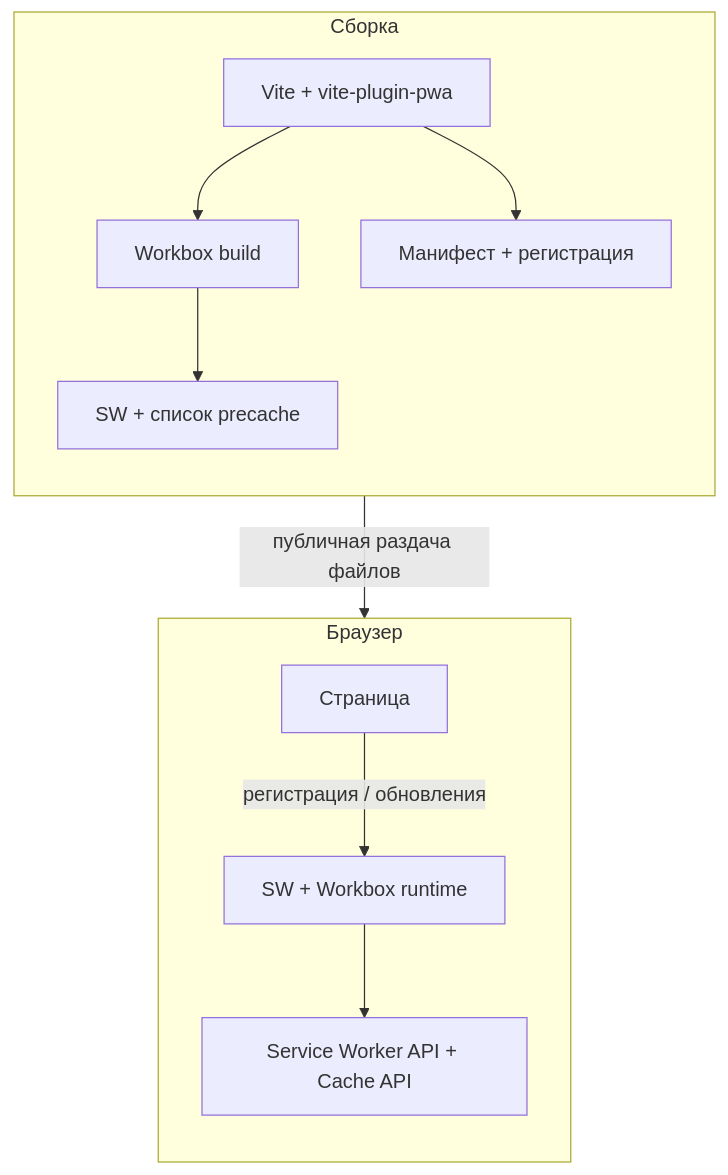
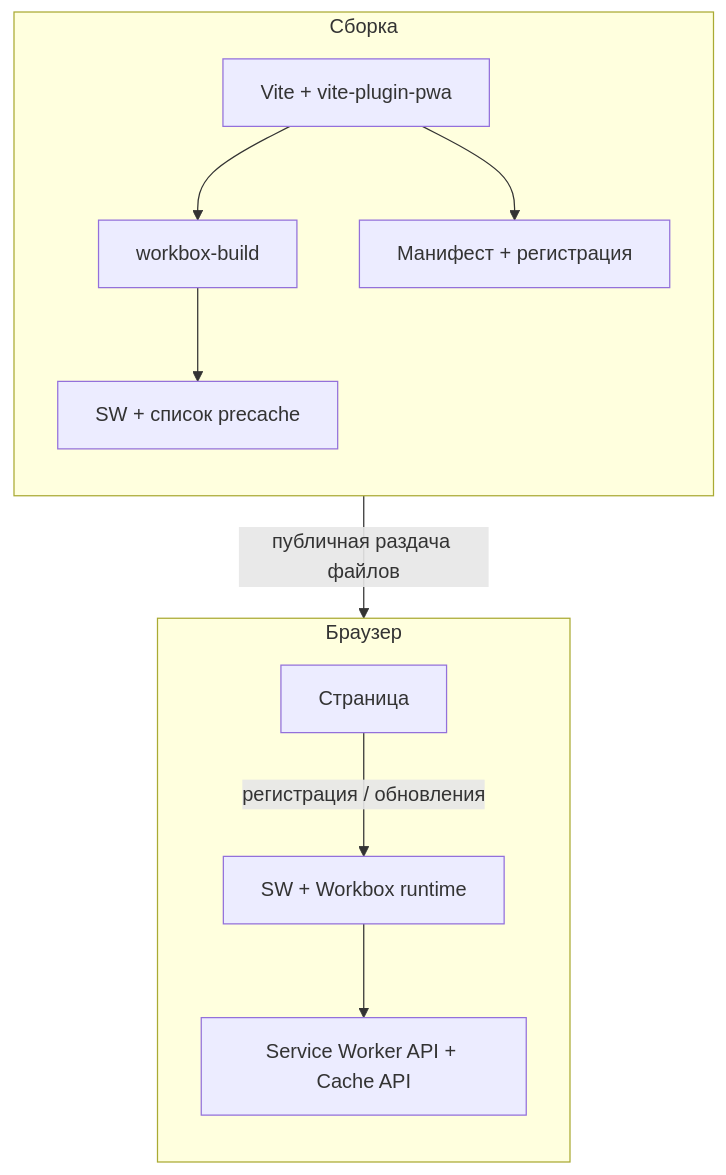
One commit to Cringe-Driven-Development-Team/docs changed the tenth of 10 diagrams in site/modules/2/tracks/offline/theory.md. Above: the diagram before and after it, drawn with Mermaid. The commit also changed other lines of this file and 1 other file, not shown here.

Commit message:
docs(offline): исправить контраст схемы и описание Workbox

````diff
--- a/site/modules/2/tracks/offline/theory.md
+++ b/site/modules/2/tracks/offline/theory.md
@@ -219,15 +227,15 @@
 ```mermaid
 flowchart TB
   subgraph Build["Сборка"]
     direction TB
-    V["Vite + vite-plugin-pwa"] --> W["Workbox build"]
+    V["Vite + vite-plugin-pwa"] --> W["workbox-build"]
     W --> Files["SW + список precache"]
     V --> M["Манифест + регистрация"]
   end
   subgraph Browser["Браузер"]
     direction TB
     Page["Страница"] -->|"регистрация / обновления"| SW["SW + Workbox runtime"]
     SW --> API["Service Worker API + Cache API"]
   end
   Build -->|"публичная раздача файлов"| Browser
 ```
````
